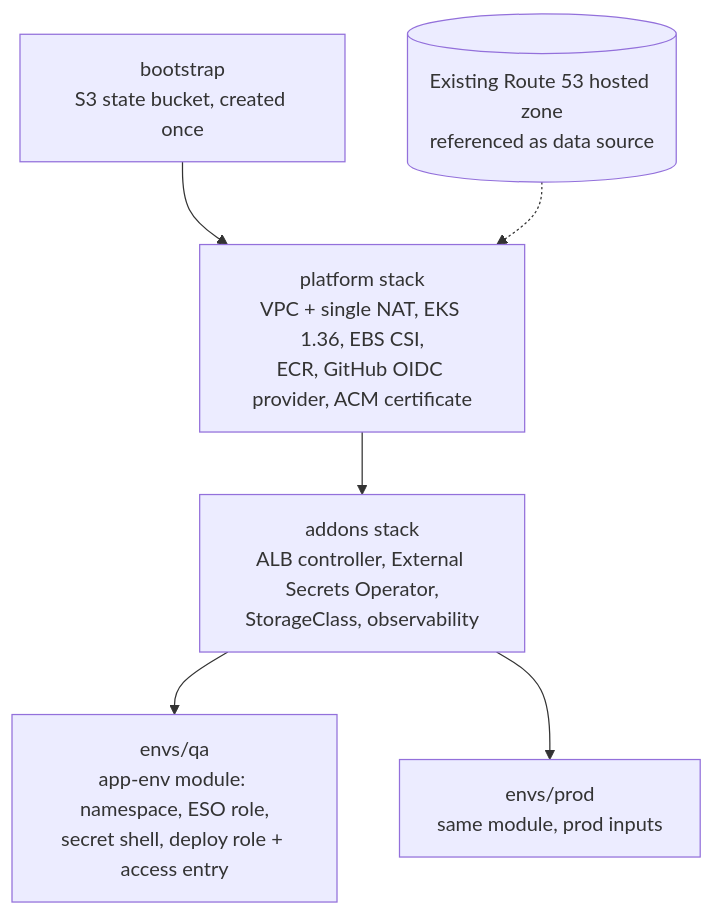
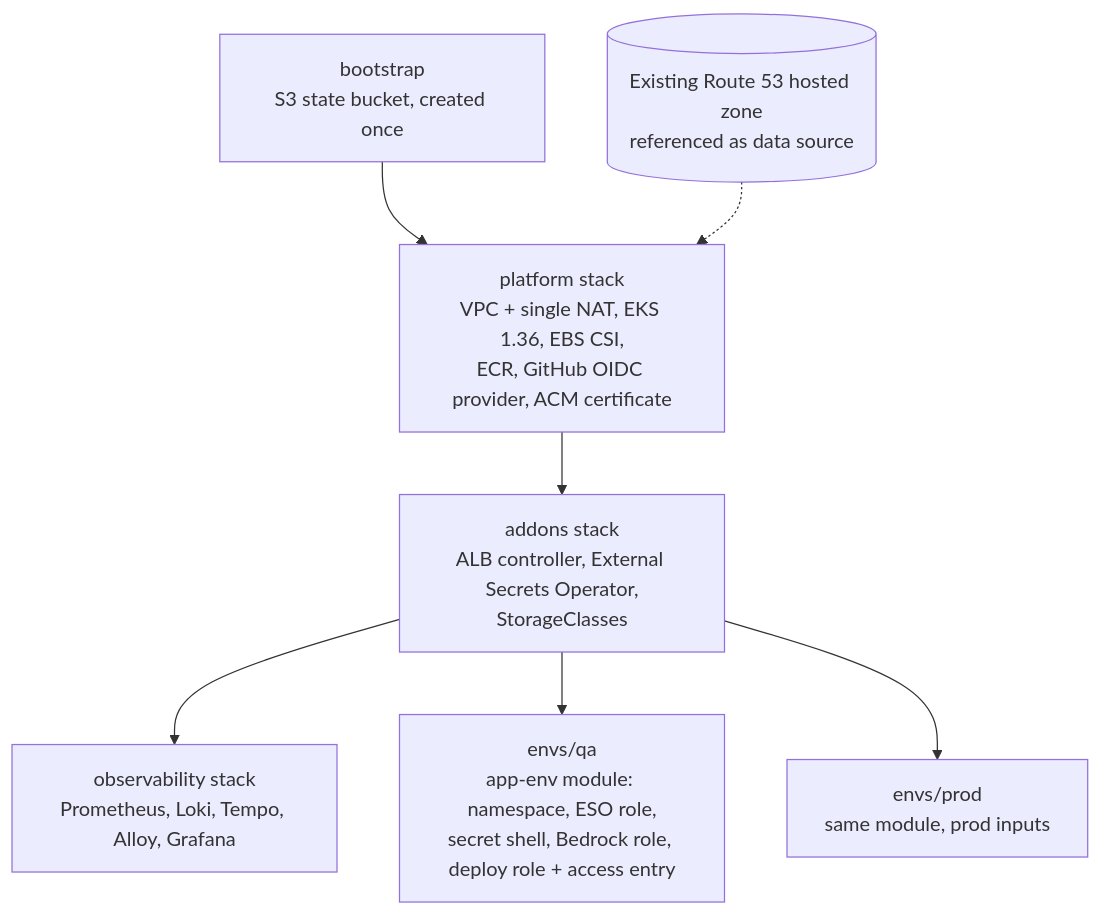
One commit to meetbrij/prod-grade-e2e-devsecops-pipeline changed the ninth of 9 diagrams in README.md. Above: the diagram before and after it, drawn with Mermaid. The commit also changed other lines of this file and 4 other files, not shown here.

````diff
--- a/README.md
+++ b/README.md
@@ -344,10 +370,12 @@
 ```mermaid
 flowchart TD
     B[bootstrap<br/>S3 state bucket, created once] --> P
     P[platform stack<br/>VPC + single NAT, EKS 1.36, EBS CSI,<br/>ECR, GitHub OIDC provider, ACM certificate] --> A
-    A[addons stack<br/>ALB controller, External Secrets Operator,<br/>StorageClass, observability] --> Q
+    A[addons stack<br/>ALB controller, External Secrets Operator,<br/>StorageClasses] --> O
+    A --> Q
     A --> R
-    Q[envs/qa<br/>app-env module: namespace, ESO role,<br/>secret shell, deploy role + access entry]
+    O[observability stack<br/>Prometheus, Loki, Tempo, Alloy, Grafana]
+    Q[envs/qa<br/>app-env module: namespace, ESO role,<br/>secret shell, Bedrock role, deploy role + access entry]
     R[envs/prod<br/>same module, prod inputs]
     Z[(Existing Route 53 hosted zone<br/>referenced as data source)] -.-> P
 ```
````
